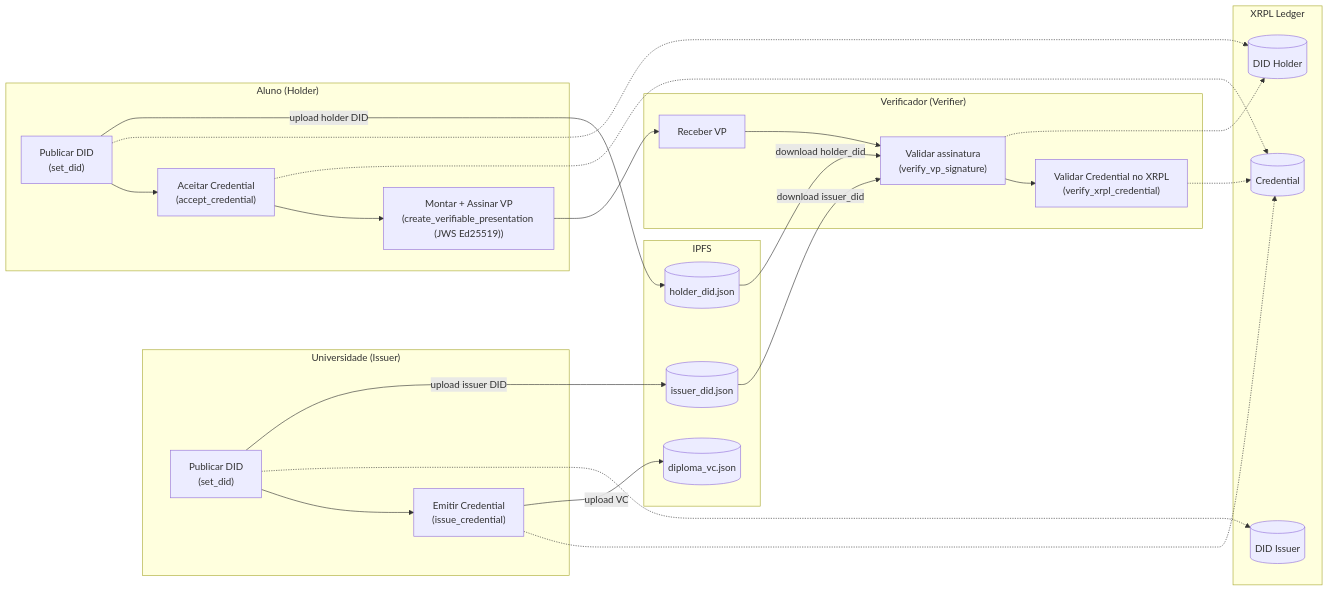
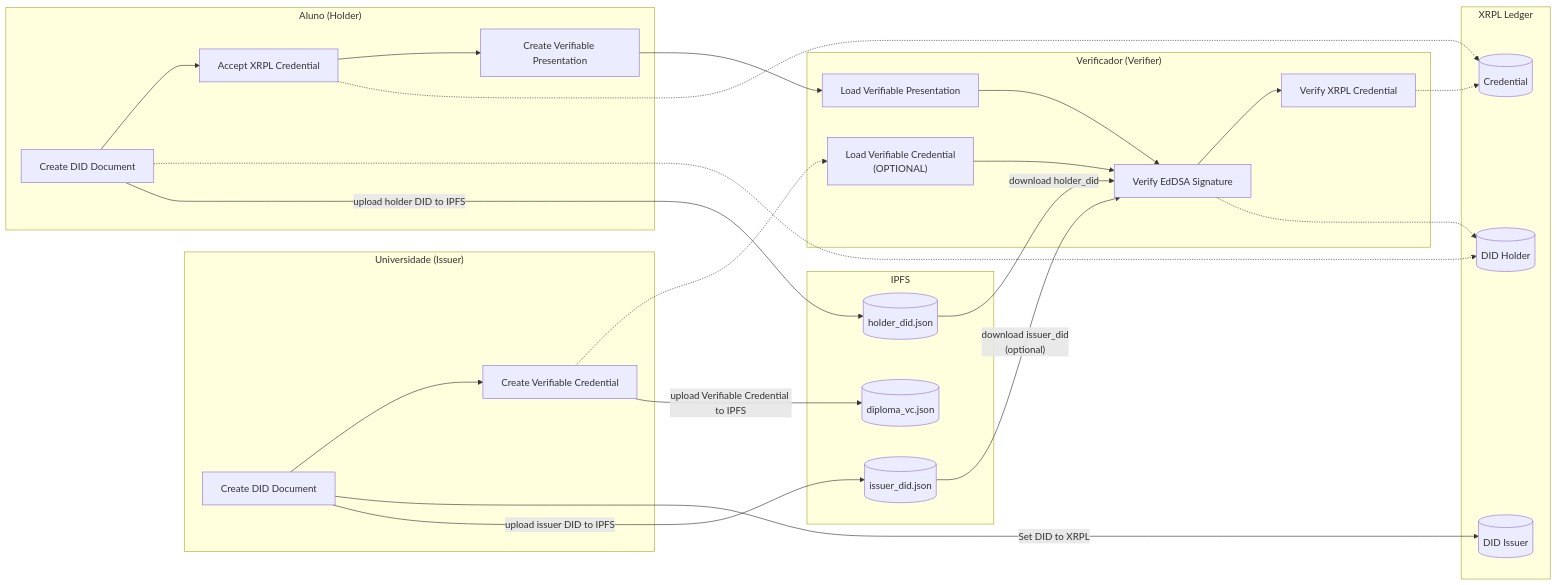
Before and after one commit to mauriciopillon/didproject: the first of 2 diagrams in xrpl-ipfs/readme.md, drawn with Mermaid. The commit also changed other lines of this file and 11 other files, not shown here.

````diff
--- a/xrpl-ipfs/readme.md
+++ b/xrpl-ipfs/readme.md
@@ -51,45 +51,47 @@
 ```mermaid
 flowchart LR
   subgraph ISSUER["Universidade (Issuer)"]
-    I1["Publicar DID <br/>(set_did)"] --> I2["Emitir Credential<br/>(issue_credential)"]
+    I1["Create DID Document <br/>"] --> I2["Create Verifiable Credential<br/>"]
+    
   end
 
   subgraph HOLDER["Aluno (Holder)"]
-    H1["Publicar DID <br/>(set_did)"] --> H2["Aceitar Credential<br/>(accept_credential)"]
-    H2 --> H3["Montar + Assinar VP<br/>(create_verifiable_presentation (JWS Ed25519))"]
+    H1["Create DID Document <br/>"] --> H2["Accept XRPL Credential<br/>"]
+    H2 --> H3["Create Verifiable Presentation<br/>"]
   end
 
   subgraph VERIFIER["Verificador (Verifier)"]
-    V1["Receber VP"] --> V2["Validar assinatura<br/>(verify_vp_signature)"]
-    V2 --> V3["Validar Credential no XRPL<br/>(verify_xrpl_credential)"]
+    V1["Load Verifiable Presentation"] --> V2["Verify EdDSA Signature<br/>"]
+    V2 --> V3["Verify XRPL Credential<br/>"]
+    V4["Load Verifiable Credential<br/>(OPTIONAL)"] --> V2["Verify EdDSA Signature<br/>"]
   end
 
   subgraph XRPL["XRPL Ledger"]
     L1[("DID Issuer")]
     L2[("DID Holder")]
     L3[("Credential")]
   end
 
   subgraph IPFS["IPFS"]
     P1[("issuer_did.json")]
     P2[("diploma_vc.json")]
     P3[("holder_did.json")]
   end
 
-  I1 -.-> L1
-  I2 -.-> L3
+  I1 -->|Set DID to XRPL| L1
   H1 -.-> L2
   H2 -.-> L3
+  I2 -.-> V4
 
-  I1 -->|upload issuer DID| P1
-  I2 -->|upload VC| P2
-  H1 -->|upload holder DID| P3
+  I1 -->|upload issuer DID to IPFS| P1
+  I2 -->|upload Verifiable Credential to IPFS| P2
+  H1 -->|upload holder DID to IPFS| P3
 
-  P1 -->|download issuer_did| V2
+  P1 -->|"download issuer_did <br/> (optional)"| V2
   P3 -->|download holder_did| V2
 
   H3 --> V1
   V2 -.-> L2
   V3 -.-> L3
 
 ```
````
